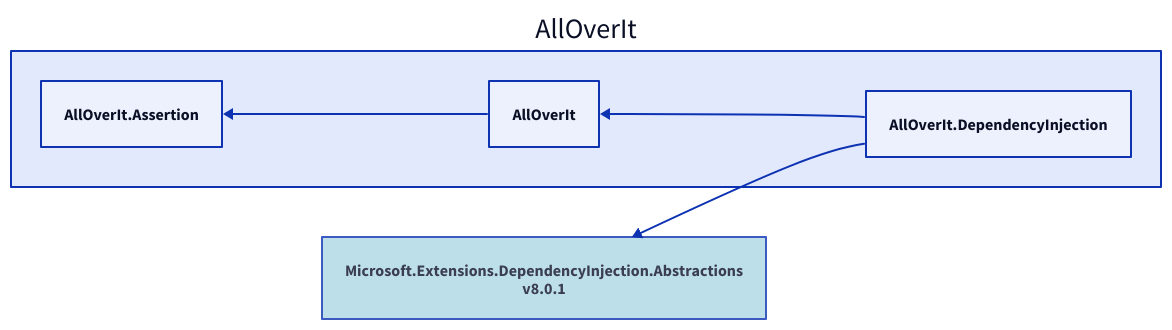
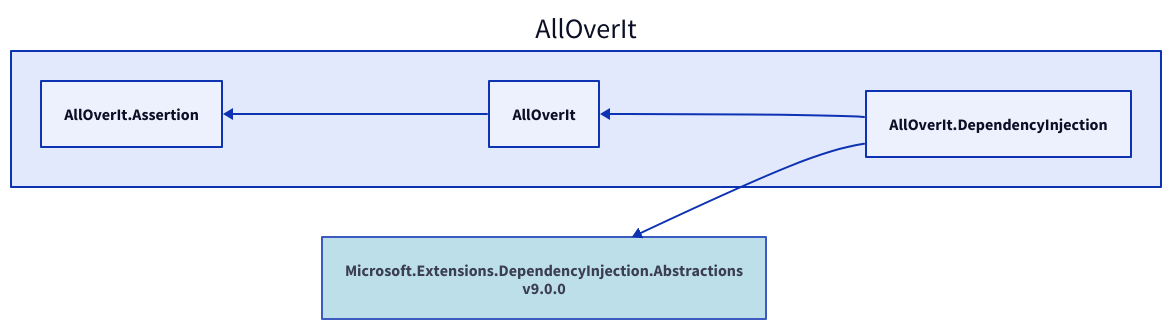
The diagram in Docs/Reference/Content/images/dependencies/net8.0/alloverit-dependencyinjection.d2 (mjfreelancing/AllOverIt), drawn with D2 before and after one commit. The commit also changed 205 other files, not shown here.

```diff
--- a/Docs/Reference/Content/images/dependencies/net8.0/alloverit-dependencyinjection.d2
+++ b/Docs/Reference/Content/images/dependencies/net8.0/alloverit-dependencyinjection.d2
@@ -1,12 +1,12 @@
 direction: left
 
 aoi: AllOverIt
 aoi.alloverit-dependencyinjection: AllOverIt.DependencyInjection
-microsoft-extensions-dependencyinjection-abstractions_8-0-1: Microsoft.Extensions.DependencyInjection.Abstractions\nv8.0.1
-microsoft-extensions-dependencyinjection-abstractions_8-0-1.style.fill: "#ADD8E6"
-microsoft-extensions-dependencyinjection-abstractions_8-0-1.style.opacity: 0.8
-microsoft-extensions-dependencyinjection-abstractions_8-0-1 <- aoi.alloverit-dependencyinjection
+microsoft-extensions-dependencyinjection-abstractions_9-0-0: Microsoft.Extensions.DependencyInjection.Abstractions\nv9.0.0
+microsoft-extensions-dependencyinjection-abstractions_9-0-0.style.fill: "#ADD8E6"
+microsoft-extensions-dependencyinjection-abstractions_9-0-0.style.opacity: 0.8
+microsoft-extensions-dependencyinjection-abstractions_9-0-0 <- aoi.alloverit-dependencyinjection
 aoi.alloverit: AllOverIt
 aoi.alloverit-assertion: AllOverIt.Assertion
 aoi.alloverit-assertion <- aoi.alloverit
 aoi.alloverit <- aoi.alloverit-dependencyinjection
```
